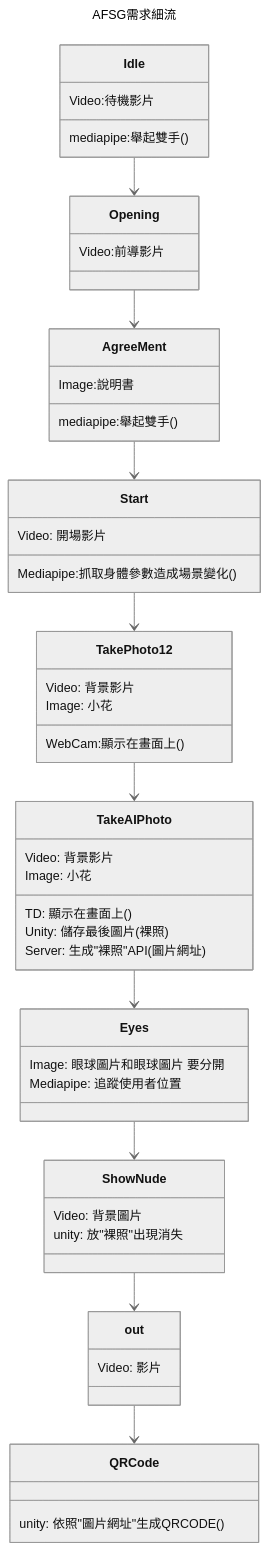
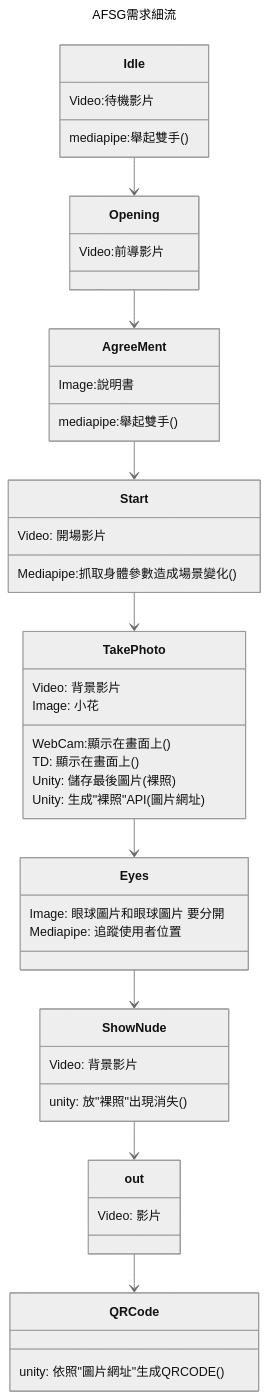
The diagram in README.md (TaMiXAlter/AFSG), drawn with Mermaid (neutral theme) before and after one commit. The commit also changed 76 other files, not shown here.

````diff
--- a/README.md
+++ b/README.md
@@ -17,60 +17,55 @@
 ```mermaid
 ---
 title: AFSG需求細流
 ---
 classDiagram
 
     class Idle{
         Video:待機影片
         mediapipe:舉起雙手()
     }
     class Opening{
         Video:前導影片
     }
     class AgreeMent{
         Image:說明書
         mediapipe:舉起雙手()
     }
     class Start{
         Video: 開場影片
         Mediapipe:抓取身體參數造成場景變化()
     }
-    class TakePhoto12{
+    class TakePhoto{
         Video: 背景影片
         Image: 小花
         
         WebCam:顯示在畫面上()
-    }
-    class TakeAIPhoto{
-        Video: 背景影片
-        Image: 小花
-        
         TD: 顯示在畫面上()
         Unity: 儲存最後圖片(裸照)
-        Server: 生成"裸照"API(圖片網址)
+        Unity: 生成"裸照"API(圖片網址)
     }
+
     class Eyes{
         Image: 眼球圖片和眼球圖片 要分開
         Mediapipe: 追蹤使用者位置
     }
     class ShowNude{
-        Video: 背景圖片
-        unity: 放"裸照"出現消失
+        Video: 背景影片
+        unity: 放"裸照"出現消失()
     }
     class out{
         Video: 影片
     }
     class QRCode{
         unity: 依照"圖片網址"生成QRCODE()
     }
     
     Idle -->Opening
     Opening-->AgreeMent
     AgreeMent --> Start
-    Start --> TakePhoto12
-    TakePhoto12-->TakeAIPhoto
-    TakeAIPhoto --> Eyes
+    Start --> TakePhoto
+    TakePhoto--> Eyes
     Eyes --> ShowNude
     ShowNude --> out
     out --> QRCode
 ```
````
